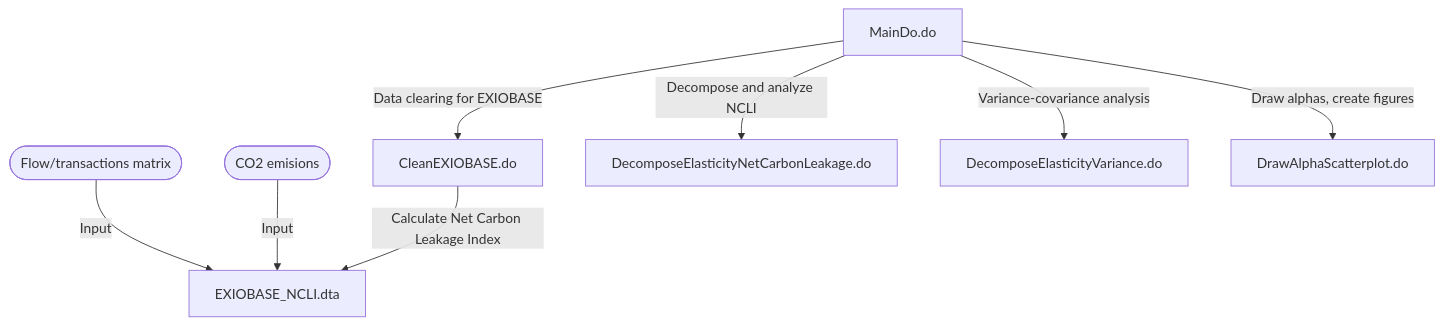
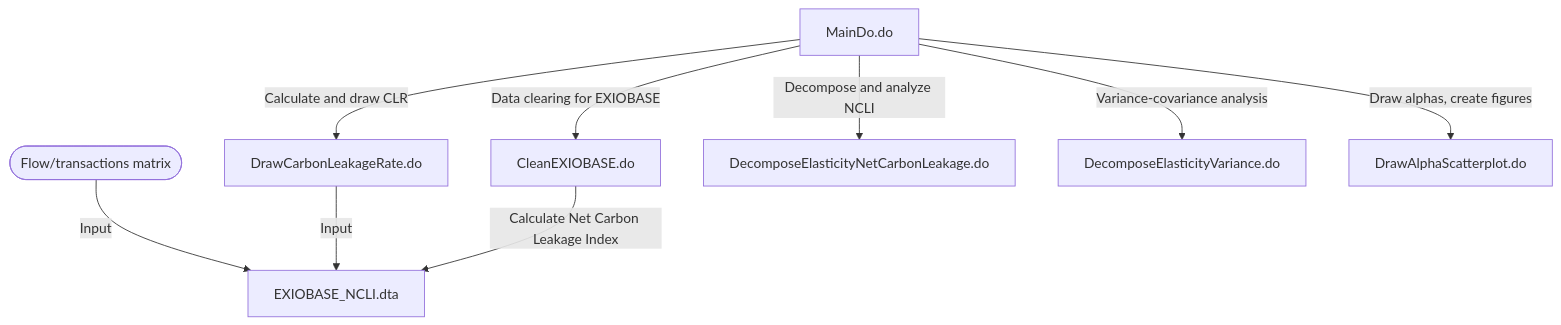
One commit to AkariOno/Trade_Carbon changed the diagram in README.md. Above: the diagram before and after it, drawn with Mermaid.

````diff
--- a/README.md
+++ b/README.md
@@ -17,11 +17,11 @@
 ```mermaid
 graph TD;
     A[MainDo.do] --> |Data clearing for EXIOBASE|B[CleanEXIOBASE.do]
     C([Flow/transactions matrix]) --> |Input|D[EXIOBASE_NCLI.dta]
     E([CO2 emisions]) --> |Input|D
     B --> |Calculate Net Carbon Leakage Index|D
-    
+    A --> |Calculate and draw CLR|E[DrawCarbonLeakageRate.do]
     A --> |Decompose and analyze NCLI|F[DecomposeElasticityNetCarbonLeakage.do]
     A --> |Variance-covariance analysis|G[DecomposeElasticityVariance.do]
     A --> |Draw alphas, create figures|H[DrawAlphaScatterplot.do]
 ```
````
